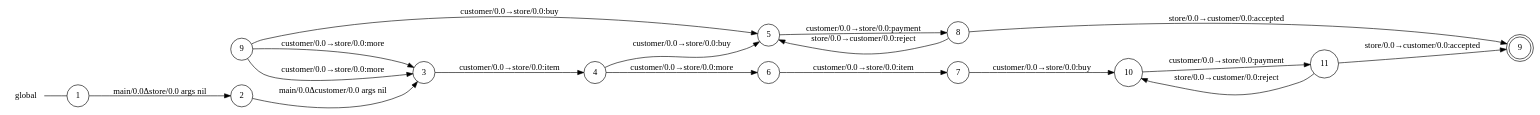
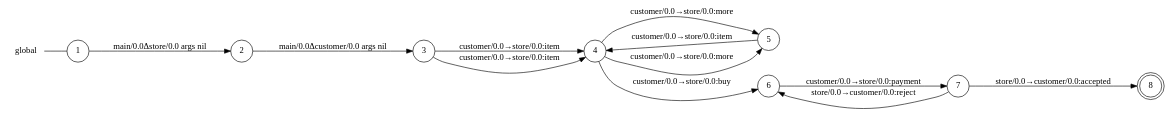
The diagram in examples/customer/main_0_global_view.dot (gabrielegenovese/chorer), drawn with Graphviz before and after one commit. The commit also changed 7 other files, not shown here.

```diff
--- a/examples/customer/main_0_global_view.dot
+++ b/examples/customer/main_0_global_view.dot
@@ -1,34 +1,25 @@
 digraph global {
 	rankdir="LR";
 	n_0 [label="global", shape="plaintext"];
-	n_1 [id="14", shape=circle, label="10"];
-	n_2 [id="9", shape=circle, label="9"];
-	n_3 [id="8", shape=circle, label="8"];
-	n_4 [id="1", shape=circle, label="1"];
-	n_0 -> n_4 [arrowhead=none];
-	n_5 [id="7", shape=circle, label="4"];
-	n_6 [id="16", shape=circle, label="7"];
-	n_7 [id="4", shape=circle, label="3"];
-	n_8 [id="6", shape=doublecircle, label="9"];
-	n_9 [id="3", shape=circle, label="5"];
-	n_10 [id="12", shape=circle, label="6"];
-	n_11 [id="2", shape=circle, label="2"];
-	n_12 [id="10", shape=circle, label="11"];
+	n_1 [id="8", shape=circle, label="5"];
+	n_2 [id="1", shape=circle, label="1"];
+	n_0 -> n_2 [arrowhead=none];
+	n_3 [id="4", shape=circle, label="6"];
+	n_4 [id="6", shape=doublecircle, label="8"];
+	n_5 [id="3", shape=circle, label="3"];
+	n_6 [id="2", shape=circle, label="2"];
+	n_7 [id="10", shape=circle, label="4"];
+	n_8 [id="5", shape=circle, label="7"];
 
-	n_6 -> n_1 [id="[$e|10]", label="customer/0.0→store/0.0:buy"];
-	n_3 -> n_8 [id="[$e|21]", label="store/0.0→customer/0.0:accepted"];
-	n_1 -> n_12 [id="[$e|11]", label="customer/0.0→store/0.0:payment"];
-	n_3 -> n_9 [id="[$e|16]", label="store/0.0→customer/0.0:reject"];
-	n_12 -> n_8 [id="[$e|25]", label="store/0.0→customer/0.0:accepted"];
-	n_2 -> n_9 [id="[$e|23]", label="customer/0.0→store/0.0:buy"];
-	n_5 -> n_9 [id="[$e|24]", label="customer/0.0→store/0.0:buy"];
-	n_4 -> n_11 [id="[$e|7]", label="main/0.0Δstore/0.0 args nil"];
-	n_5 -> n_10 [id="[$e|12]", label="customer/0.0→store/0.0:more"];
-	n_12 -> n_1 [id="[$e|22]", label="store/0.0→customer/0.0:reject"];
-	n_11 -> n_7 [id="[$e|27]", label="main/0.0Δcustomer/0.0 args nil"];
-	n_9 -> n_3 [id="[$e|17]", label="customer/0.0→store/0.0:payment"];
-	n_10 -> n_6 [id="[$e|2]", label="customer/0.0→store/0.0:item"];
-	n_7 -> n_5 [id="[$e|14]", label="customer/0.0→store/0.0:item"];
-	n_2 -> n_7 [id="[$e|28]", label="customer/0.0→store/0.0:more"];
-	n_2 -> n_7 [id="[$e|18]", label="customer/0.0→store/0.0:more"];
+	n_1 -> n_7 [id="[$e|17]", label="customer/0.0→store/0.0:item"];
+	n_8 -> n_3 [id="[$e|18]", label="store/0.0→customer/0.0:reject"];
+	n_3 -> n_8 [id="[$e|14]", label="customer/0.0→store/0.0:payment"];
+	n_7 -> n_3 [id="[$e|5]", label="customer/0.0→store/0.0:buy"];
+	n_6 -> n_5 [id="[$e|11]", label="main/0.0Δcustomer/0.0 args nil"];
+	n_8 -> n_4 [id="[$e|4]", label="store/0.0→customer/0.0:accepted"];
+	n_7 -> n_1 [id="[$e|9]", label="customer/0.0→store/0.0:more"];
+	n_2 -> n_6 [id="[$e|6]", label="main/0.0Δstore/0.0 args nil"];
+	n_5 -> n_7 [id="[$e|16]", label="customer/0.0→store/0.0:item"];
+	n_5 -> n_7 [id="[$e|13]", label="customer/0.0→store/0.0:item"];
+	n_7 -> n_1 [id="[$e|15]", label="customer/0.0→store/0.0:more"];
 }
```
